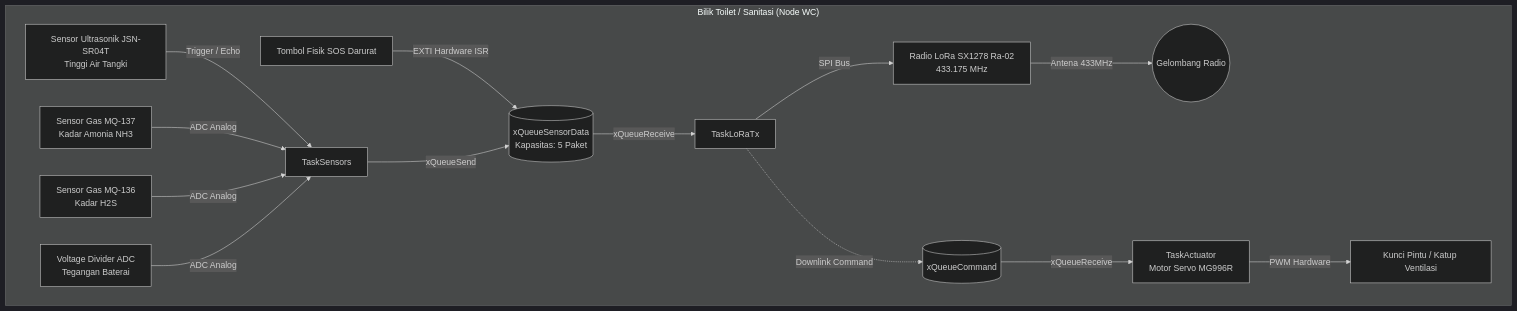
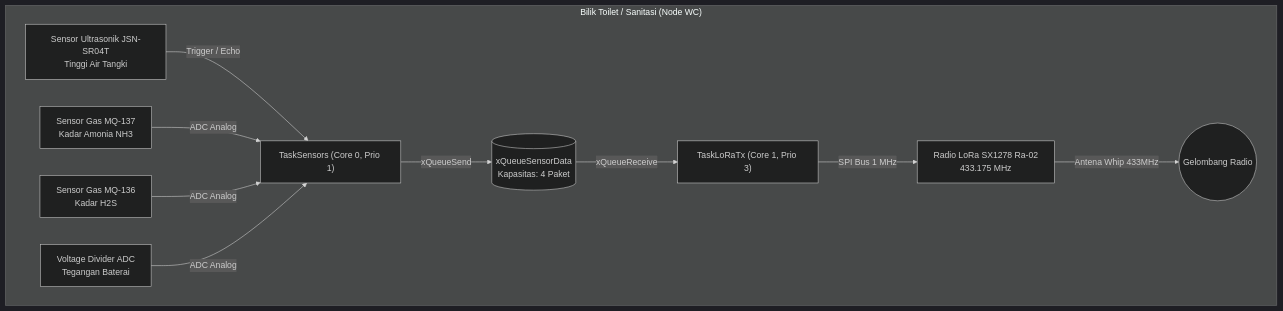
One commit to DHard4114/DESPRO-4 changed the first of 3 diagrams in src/firmware/node_wc/docs/README.md. Above: the diagram before and after it, drawn with Mermaid (dark theme). The commit also changed other lines of this file and 8 other files, not shown here.

````diff
--- a/src/firmware/node_wc/docs/README.md
+++ b/src/firmware/node_wc/docs/README.md
@@ -12,20 +12,15 @@
 ```mermaid
 graph TD
     subgraph "Bilik Toilet / Sanitasi (Node WC)"
         US[Sensor Ultrasonik JSN-SR04T<br/>Tinggi Air Tangki] -->|Trigger / Echo| TaskSensors
         GAS1[Sensor Gas MQ-137<br/>Kadar Amonia NH3] -->|ADC Analog| TaskSensors
         GAS2[Sensor Gas MQ-136<br/>Kadar H2S] -->|ADC Analog| TaskSensors
         BATT[Voltage Divider ADC<br/>Tegangan Baterai] -->|ADC Analog| TaskSensors
-        SOS[Tombol Fisik SOS Darurat] -->|EXTI Hardware ISR| QueueSensors
         
-        TaskSensors -->|xQueueSend| QueueSensors[(xQueueSensorData<br/>Kapasitas: 5 Paket)]
-        QueueSensors -->|xQueueReceive| TaskLoRaTx
+        TaskSensors["TaskSensors (Core 0, Prio 1)"] -->|xQueueSend| QueueSensors[(xQueueSensorData<br/>Kapasitas: 4 Paket)]
+        QueueSensors -->|xQueueReceive| TaskLoRaTx["TaskLoRaTx (Core 1, Prio 3)"]
         
-        TaskLoRaTx -->|SPI Bus| SX1278[Radio LoRa SX1278 Ra-02<br/>433.175 MHz]
-        SX1278 -->|Antena 433MHz| RF((Gelombang Radio))
-        
-        TaskLoRaTx -.->|Downlink Command| QueueCmd[(xQueueCommand)]
-        QueueCmd -->|xQueueReceive| TaskActuator[TaskActuator<br/>Motor Servo MG996R]
-        TaskActuator -->|PWM Hardware| Servo[Kunci Pintu / Katup Ventilasi]
+        TaskLoRaTx -->|SPI Bus 1 MHz| SX1278[Radio LoRa SX1278 Ra-02<br/>433.175 MHz]
+        SX1278 -->|Antena Whip 433MHz| RF((Gelombang Radio))
     end
 ```
````
